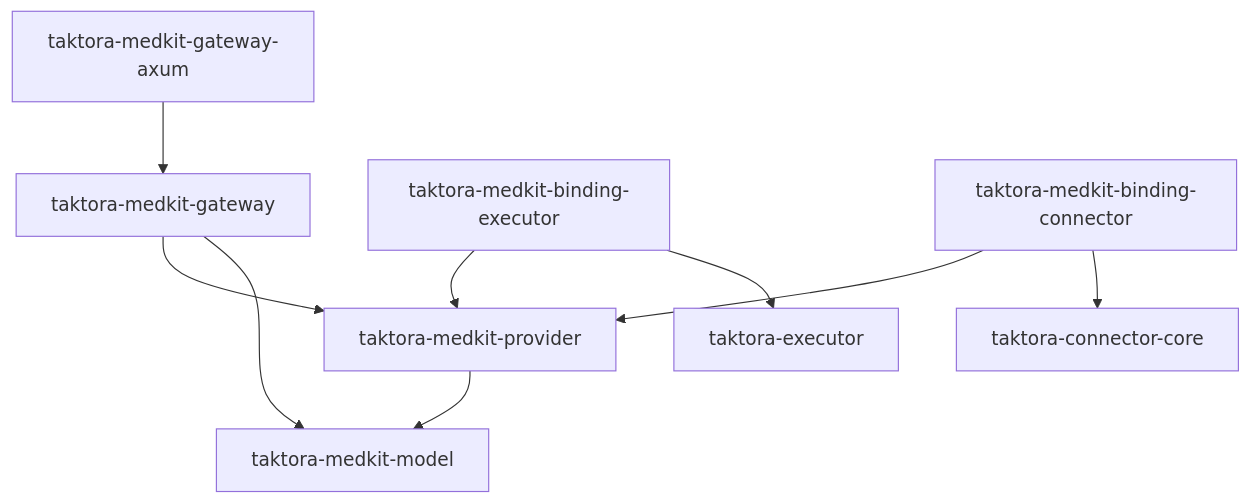
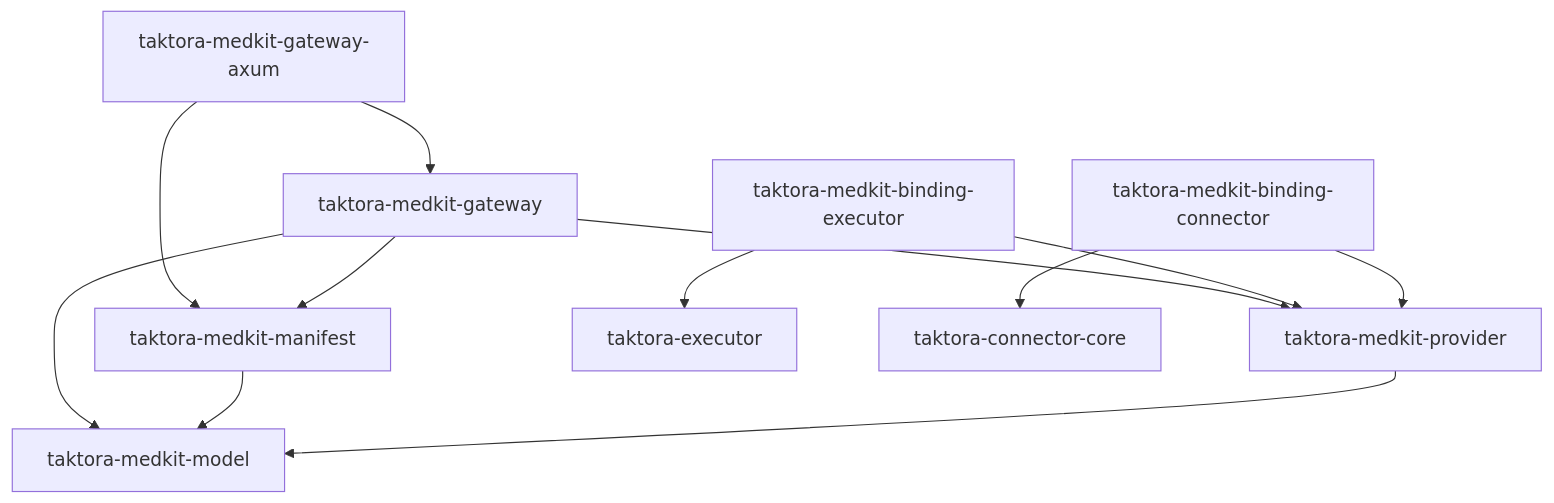
The diagram in spec/architecture/medkit/index.rst (patdhlk/taktora), drawn with Mermaid before and after one commit. The commit also changed other lines of this file and 13 other files, not shown here.

First line of the commit message:
feat(medkit): mandatory manifest builder + TOML loader (#82)

```diff
--- a/spec/architecture/medkit/index.rst
+++ b/spec/architecture/medkit/index.rst
@@ -246,11 +303,14 @@
    .. mermaid::
 
       graph TD
         axum[taktora-medkit-gateway-axum] --> gw[taktora-medkit-gateway]
+        axum --> manifest[taktora-medkit-manifest]
         gw --> prov[taktora-medkit-provider]
         gw --> model[taktora-medkit-model]
+        gw --> manifest
+        manifest --> model
         prov --> model
         be[taktora-medkit-binding-executor] --> prov
         be --> exec[taktora-executor]
         bc[taktora-medkit-binding-connector] --> prov
         bc --> conn[taktora-connector-core]
```
